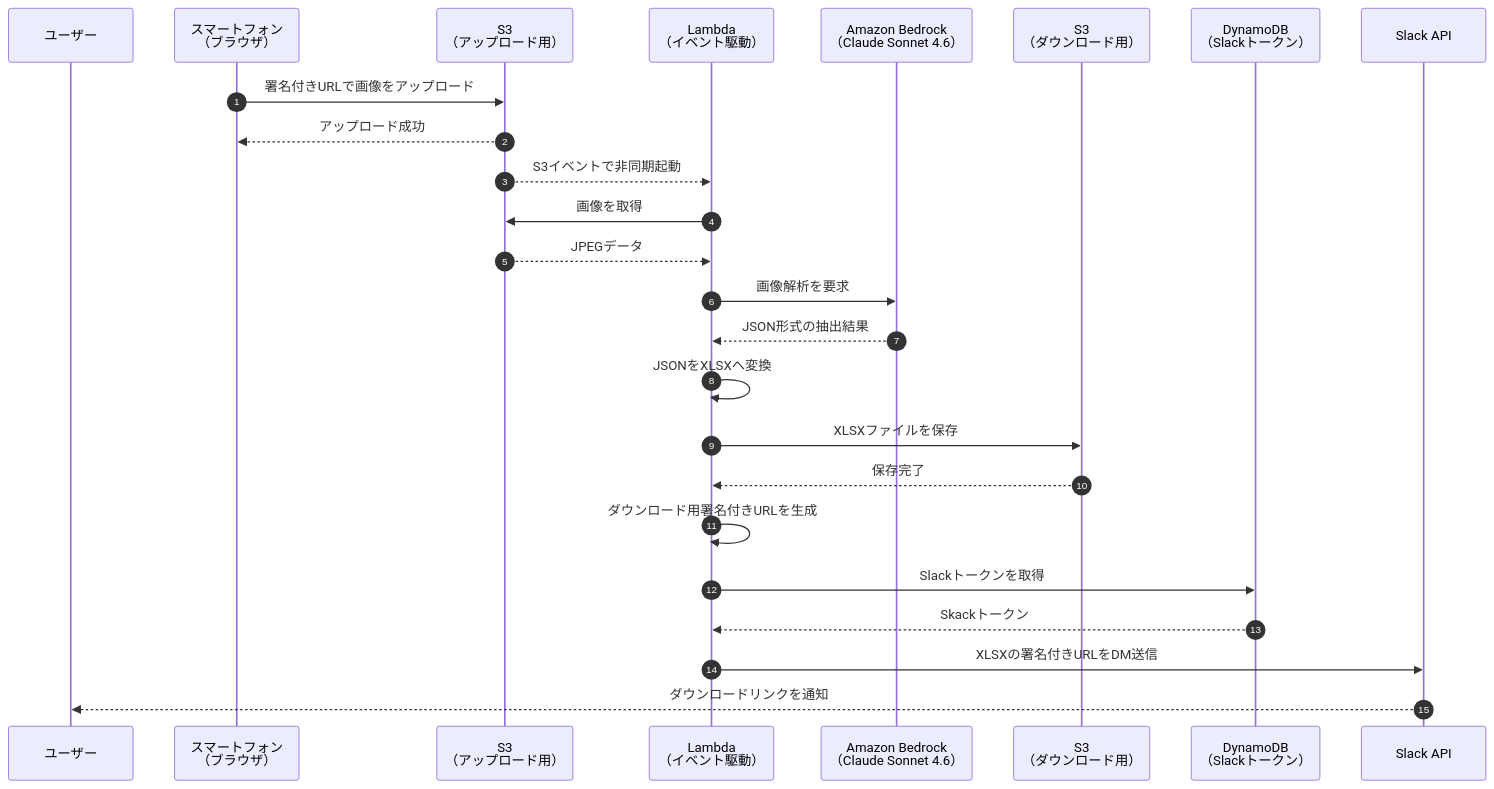
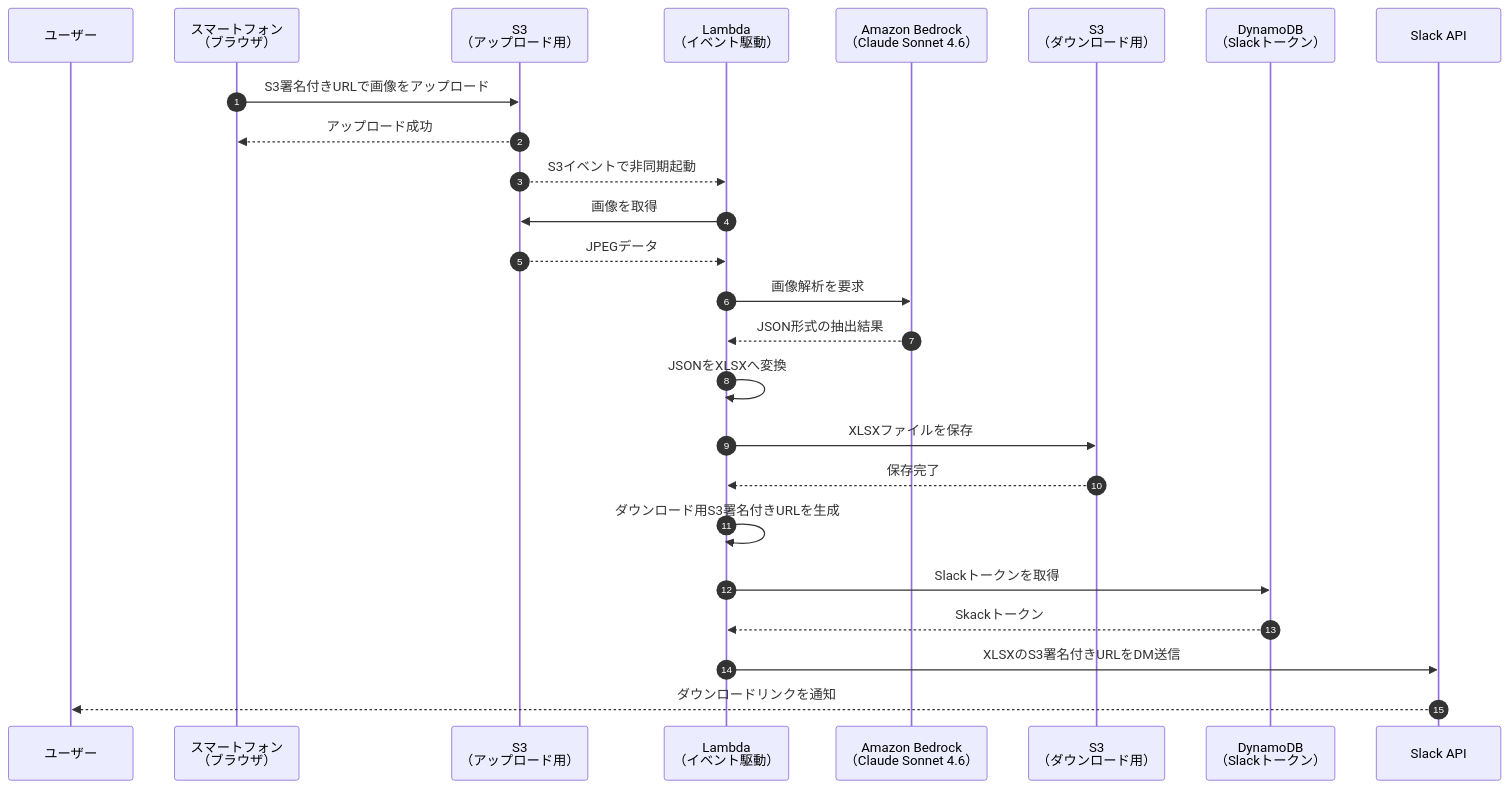
Before and after one commit to vinylhousegarage/jpeg-to-xlsx: the third of 4 diagrams in README.md, drawn with Mermaid. The commit also changed other lines of this file, not shown here.

Commit message:
docs(readme): update authentication and processing flows

````diff
--- a/README.md
+++ b/README.md
@@ -94,32 +94,32 @@
 ```mermaid
 sequenceDiagram
   autonumber
   participant User as ユーザー
   participant Browser as スマートフォン<br/>（ブラウザ）
   participant S3Input as S3<br/>（アップロード用）
   participant Processor as Lambda<br/>（イベント駆動）
   participant Bedrock as Amazon Bedrock<br/>（Claude Sonnet 4.6）
   participant S3Output as S3<br/>（ダウンロード用）
   participant TokenDB as DynamoDB<br/>（Slackトークン）
   participant Slack as Slack API
 
-  Browser->>S3Input: 署名付きURLで画像をアップロード
+  Browser->>S3Input: S3署名付きURLで画像をアップロード
   S3Input-->>Browser: アップロード成功
 
   S3Input-->>Processor: S3イベントで非同期起動
   Processor->>S3Input: 画像を取得
   S3Input-->>Processor: JPEGデータ
 
   Processor->>Bedrock: 画像解析を要求
   Bedrock-->>Processor: JSON形式の抽出結果
   Processor->>Processor: JSONをXLSXへ変換
 
   Processor->>S3Output: XLSXファイルを保存
   S3Output-->>Processor: 保存完了
-  Processor->>Processor: ダウンロード用署名付きURLを生成
+  Processor->>Processor: ダウンロード用S3署名付きURLを生成
 
   Processor->>TokenDB: Slackトークンを取得
   TokenDB-->>Processor: Skackトークン
-  Processor->>Slack: XLSXの署名付きURLをDM送信
+  Processor->>Slack: XLSXのS3署名付きURLをDM送信
   Slack-->>User: ダウンロードリンクを通知
 ```
````
